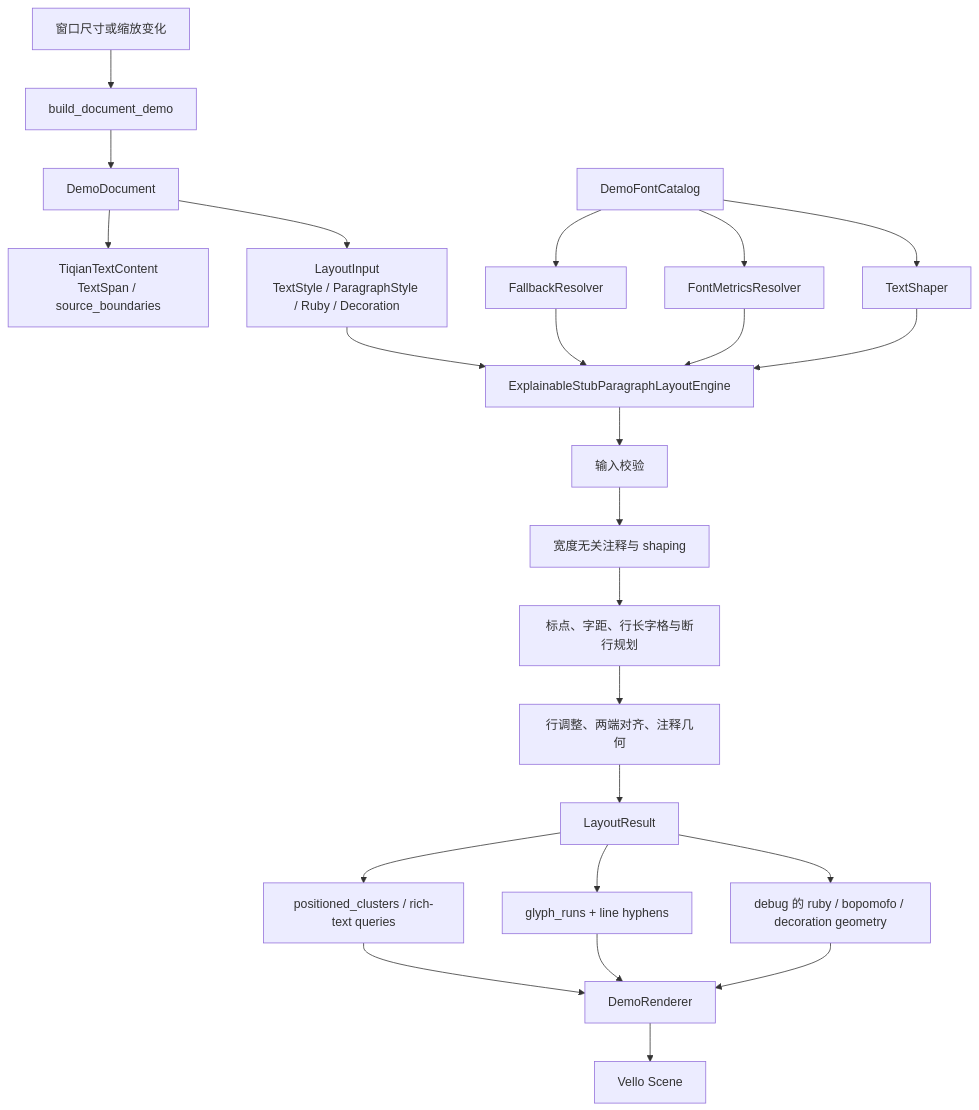
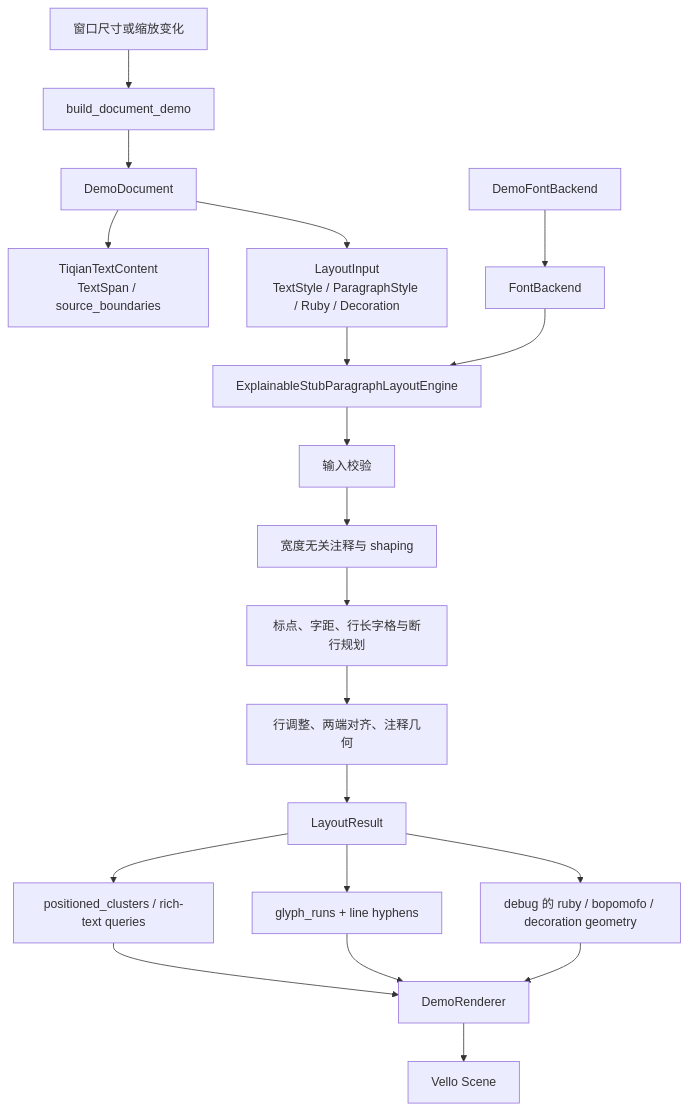
One commit to tiqian-cjk/tiqian-rs changed the first of 3 diagrams in docs/api-design-report.md. Above: the diagram before and after it, drawn with Mermaid. The commit also changed other lines of this file and 2 other files, not shown here.

Commit message:
docs: update unified font backend integration guidance

````diff
--- a/docs/api-design-report.md
+++ b/docs/api-design-report.md
@@ -175,26 +175,22 @@
 ```mermaid
 flowchart TD
     A[窗口尺寸或缩放变化] --> B[build_document_demo]
     B --> C[DemoDocument]
     C --> D[TiqianTextContent<br/>TextSpan / source_boundaries]
     C --> E[LayoutInput<br/>TextStyle / ParagraphStyle / Ruby / Decoration]
-    F[DemoFontCatalog] --> G[FallbackResolver]
-    F --> H[FontMetricsResolver]
-    F --> I[TextShaper]
+    F[DemoFontBackend] --> G[FontBackend]
     G --> J[ExplainableStubParagraphLayoutEngine]
-    H --> J
-    I --> J
     E --> J
     J --> K[输入校验]
     K --> L[宽度无关注释与 shaping]
     L --> M[标点、字距、行长字格与断行规划]
     M --> N[行调整、两端对齐、注释几何]
     N --> O[LayoutResult]
     O --> P[positioned_clusters / rich-text queries]
     O --> Q[glyph_runs + line hyphens]
     O --> R[debug 的 ruby / bopomofo / decoration geometry]
     P --> S[DemoRenderer]
     Q --> S
     R --> S
     S --> T[Vello Scene]
 ```
````
